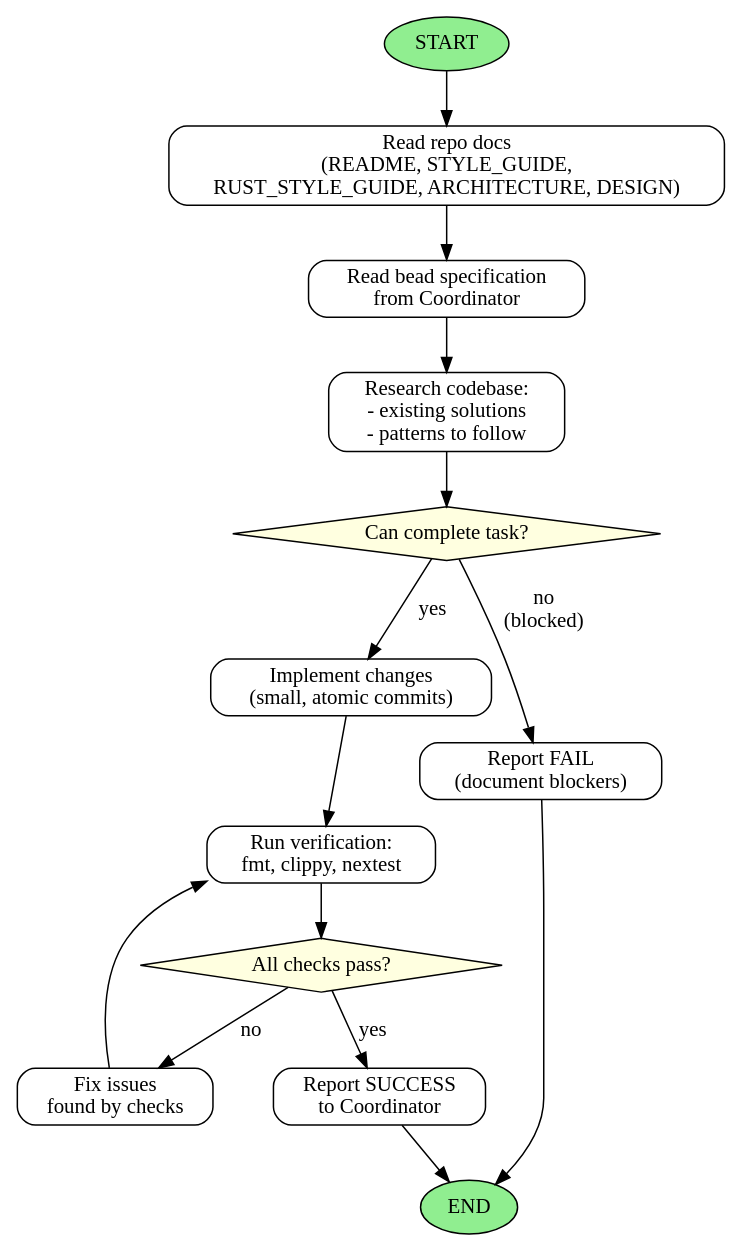
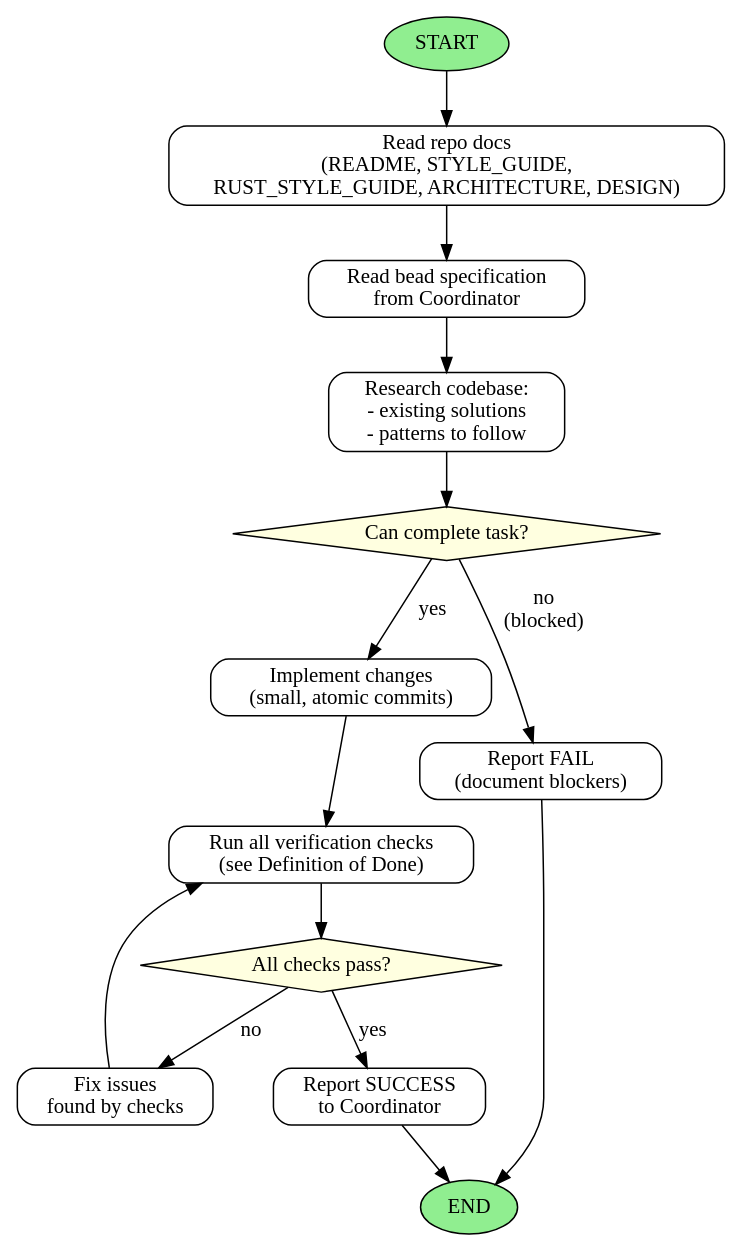
The diagram in .claude/agents/coding.md (danverbraganza/pristine), drawn with Graphviz before and after one commit. The commit also changed other lines of this file and 16 other files, not shown here.

````diff
--- a/.claude/agents/coding.md
+++ b/.claude/agents/coding.md
@@ -72,29 +68,29 @@
 ```dot
 digraph CodingAgentWorkflow {
   rankdir=TB;
   node [shape=box, style=rounded];
 
   START [shape=ellipse, style=filled, fillcolor=lightgreen];
   READ_DOCS [label="Read repo docs\n(README, STYLE_GUIDE,\nRUST_STYLE_GUIDE, ARCHITECTURE, DESIGN)"];
   READ_BEAD [label="Read bead specification\nfrom Coordinator"];
   RESEARCH [label="Research codebase:\n- existing solutions\n- patterns to follow"];
   CAN_COMPLETE [shape=diamond, style=filled, fillcolor=lightyellow, label="Can complete task?"];
   IMPLEMENT [label="Implement changes\n(small, atomic commits)"];
-  RUN_CHECKS [label="Run verification:\nfmt, clippy, nextest"];
+  RUN_CHECKS [label="Run all verification checks\n(see Definition of Done)"];
   CHECKS_PASS [shape=diamond, style=filled, fillcolor=lightyellow, label="All checks pass?"];
   FIX_ISSUES [label="Fix issues\nfound by checks"];
   REPORT_SUCCESS [label="Report SUCCESS\nto Coordinator"];
   REPORT_FAIL [label="Report FAIL\n(document blockers)"];
   END [shape=ellipse, style=filled, fillcolor=lightgreen];
 
   START -> READ_DOCS -> READ_BEAD -> RESEARCH -> CAN_COMPLETE;
   CAN_COMPLETE -> IMPLEMENT [label="yes"];
   CAN_COMPLETE -> REPORT_FAIL [label="no\n(blocked)"];
   IMPLEMENT -> RUN_CHECKS -> CHECKS_PASS;
   CHECKS_PASS -> REPORT_SUCCESS [label="yes"];
   CHECKS_PASS -> FIX_ISSUES [label="no"];
   FIX_ISSUES -> RUN_CHECKS;
   REPORT_SUCCESS -> END;
   REPORT_FAIL -> END;
 }
 ```
````
